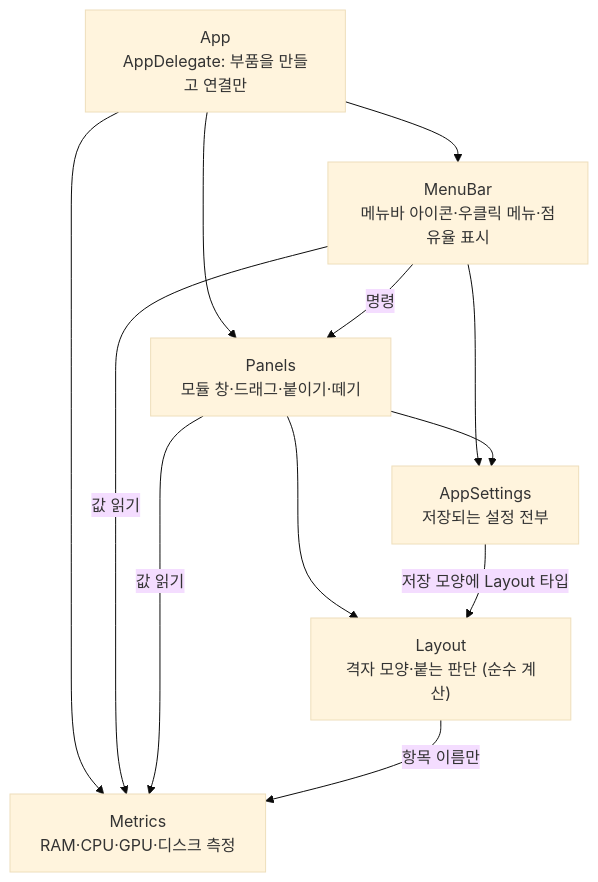
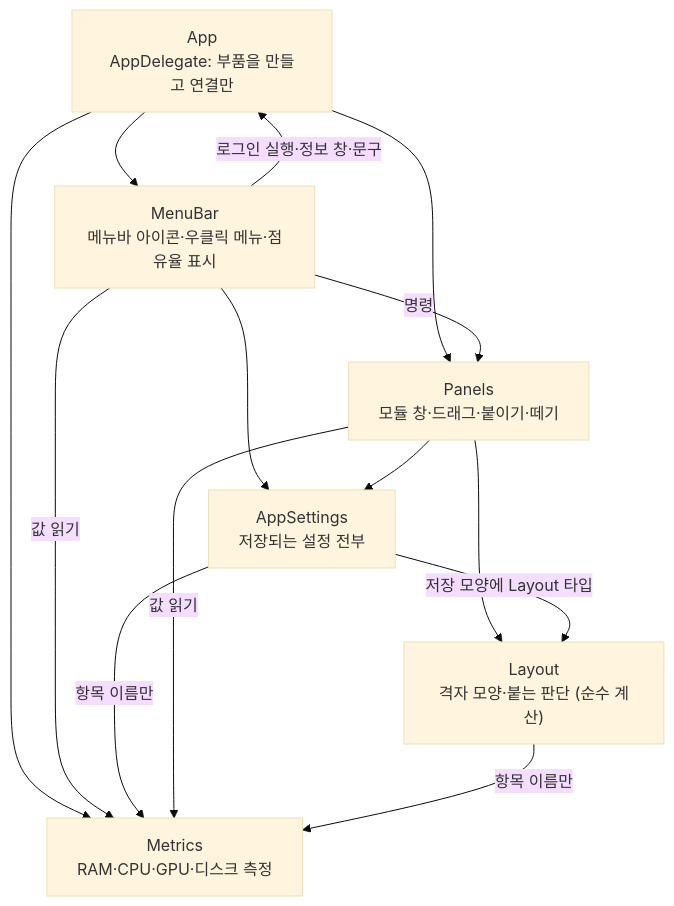
The diagram in docs/ARCHITECTURE.md (bmminky/potatus-hub), drawn with Mermaid (base theme) before and after one commit. The commit also changed other lines of this file and 14 other files, not shown here.

````diff
--- a/docs/ARCHITECTURE.md
+++ b/docs/ARCHITECTURE.md
@@ -9,21 +9,23 @@
 ```mermaid
 flowchart TD
     App["App<br/>AppDelegate: 부품을 만들고 연결만"]
     MenuBar["MenuBar<br/>메뉴바 아이콘·우클릭 메뉴·점유율 표시"]
     Panels["Panels<br/>모듈 창·드래그·붙이기·떼기"]
     Metrics["Metrics<br/>RAM·CPU·GPU·디스크 측정"]
     Layout["Layout<br/>격자 모양·붙는 판단 (순수 계산)"]
     Settings["AppSettings<br/>저장되는 설정 전부"]
 
     App --> MenuBar
     App --> Panels
     App --> Metrics
     MenuBar -->|명령| Panels
     MenuBar -->|값 읽기| Metrics
     MenuBar --> Settings
+    MenuBar -->|로그인 실행·정보 창·문구| App
+    Settings -->|항목 이름만| Metrics
     Panels -->|값 읽기| Metrics
     Panels --> Layout
     Panels --> Settings
     Layout -->|항목 이름만| Metrics
     Settings -->|저장 모양에 Layout 타입| Layout
 ```
````
